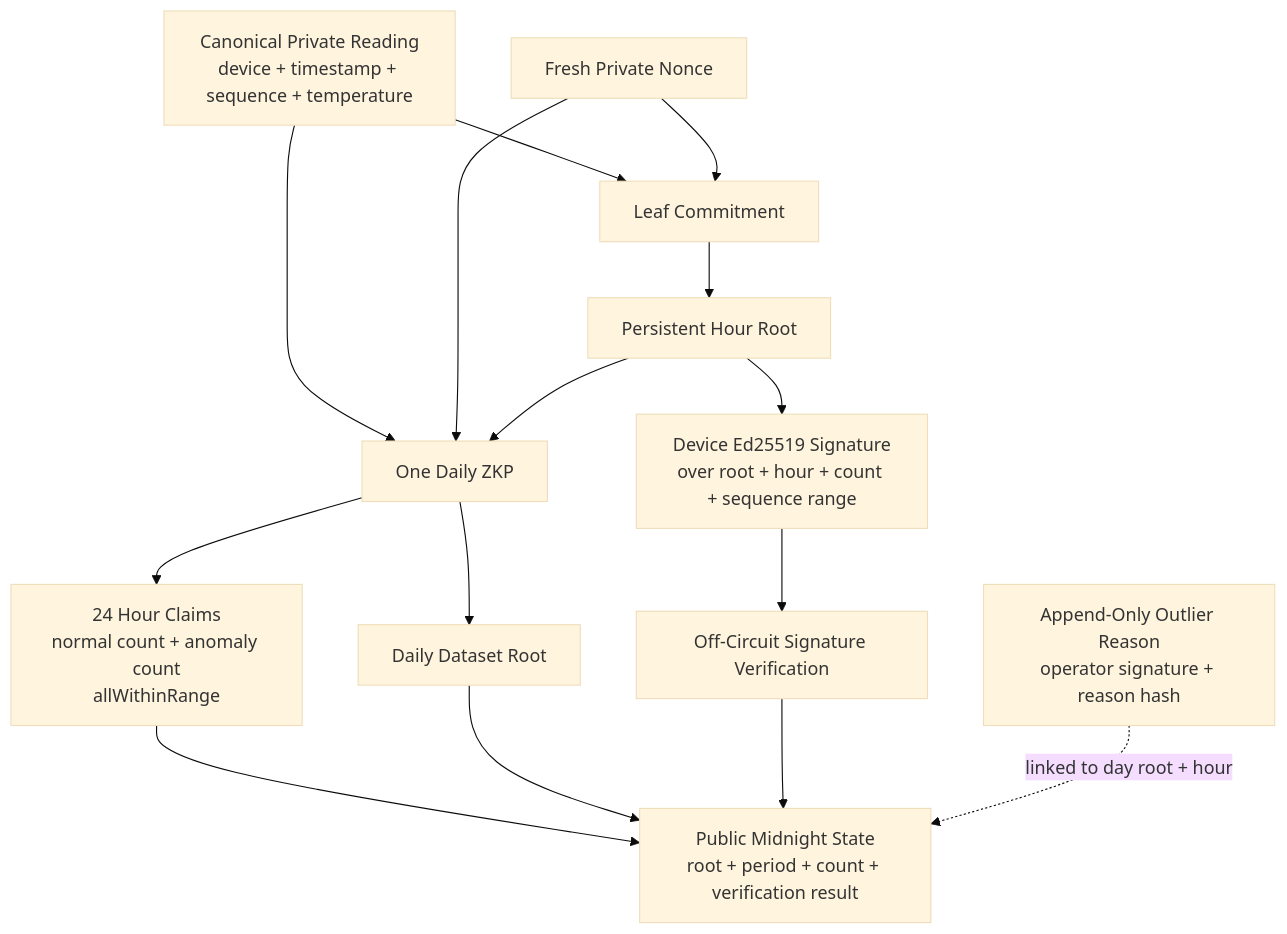
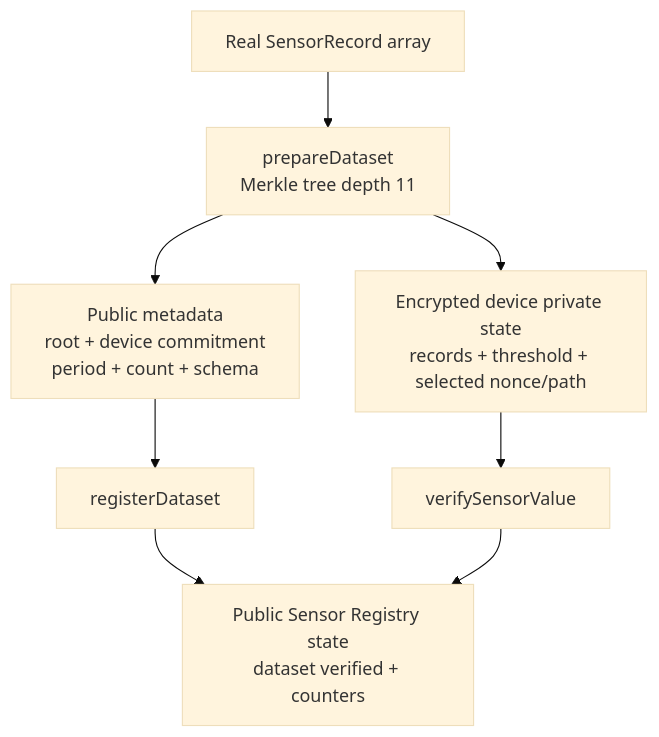
One commit to commun-platform/midnight_buildathons_bacchili changed the second of 2 diagrams in docs/system_architecture.md. Above: the diagram before and after it, drawn with Mermaid (base theme). The commit also changed other lines of this file and 1 other file, not shown here.

Commit message:
docs(architecture): reflect implemented proof flow

````diff
--- a/docs/system_architecture.md
+++ b/docs/system_architecture.md
@@ -69,28 +73,18 @@
 ```mermaid
 flowchart TD
-    Reading["Canonical Private Reading<br/>device + timestamp + sequence + temperature"]
-    Nonce["Fresh Private Nonce"]
-    Leaf["Leaf Commitment"]
-    HourRoot["Persistent Hour Root"]
-    Signature["Device Ed25519 Signature<br/>over root + hour + count + sequence range"]
-    DailyProof["One Daily ZKP"]
-    HourClaims["24 Hour Claims<br/>normal count + anomaly count<br/>allWithinRange"]
-    DayRoot["Daily Dataset Root"]
-    PublicResult["Public Midnight State<br/>root + period + count + verification result"]
-    Reason["Append-Only Outlier Reason<br/>operator signature + reason hash"]
+    Records["Real SensorRecord array"]
+    Prepare["prepareDataset<br/>Merkle tree depth 11"]
+    Public["Public metadata<br/>root + device commitment<br/>period + count + schema"]
+    Private["Encrypted device private state<br/>records + threshold + selected nonce/path"]
+    Register["registerDataset"]
+    Verify["verifySensorValue"]
+    Ledger["Public Sensor Registry state<br/>dataset verified + counters"]
 
-    Reading --> Leaf
-    Nonce --> Leaf
-    Leaf --> HourRoot
-    HourRoot --> Signature
-    Reading --> DailyProof
-    Nonce --> DailyProof
-    HourRoot --> DailyProof
-    Signature --> SignatureCheck["Off-Circuit Signature Verification"]
-    DailyProof --> HourClaims
-    DailyProof --> DayRoot
-    HourClaims --> PublicResult
-    DayRoot --> PublicResult
-    SignatureCheck --> PublicResult
-    Reason -. "linked to day root + hour" .-> PublicResult
+    Records --> Prepare
+    Prepare --> Public
+    Prepare --> Private
+    Public --> Register
+    Private --> Verify
+    Register --> Ledger
+    Verify --> Ledger
 ```
````
